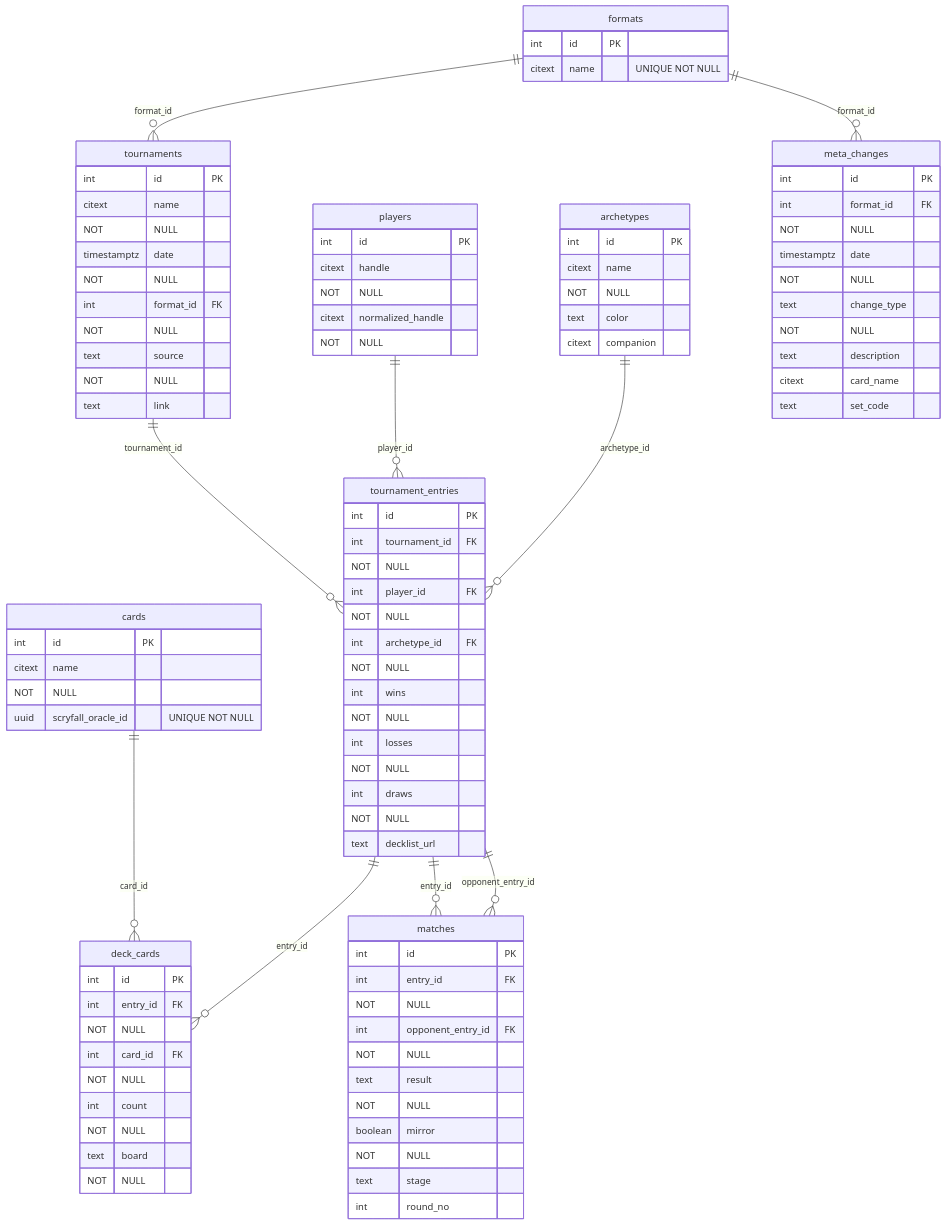
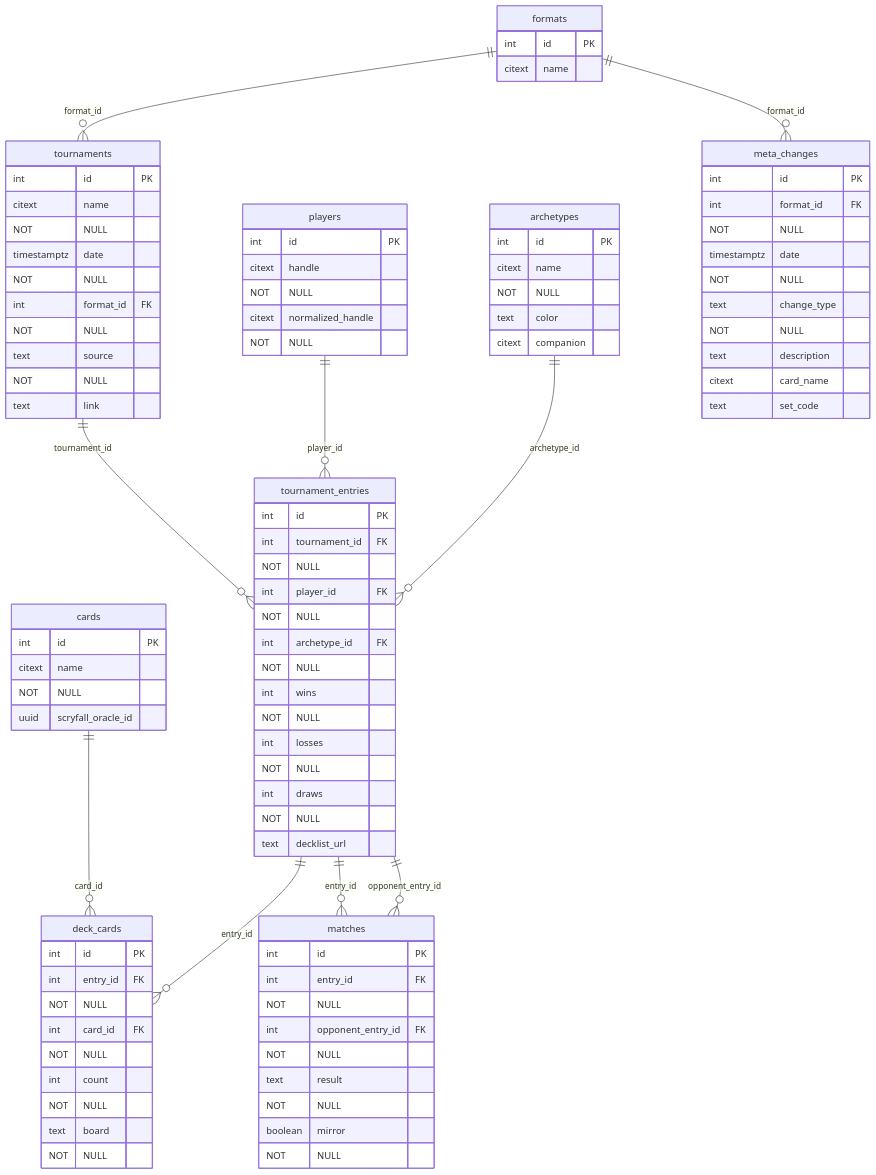
One commit to Jiliac/metamage changed the diagram in schema.mmd. Above: the diagram before and after it, drawn with Mermaid.

Commit message:
docs: remove stage/round_no from matches and inline NOT NULL/UNIQUE

```diff
--- a/schema.mmd
+++ b/schema.mmd
@@ -1,98 +1,93 @@
 erDiagram
     %% Enumerations (conceptual):
     %% - tournaments.source: MTGO | Melee | Other
     %% - deck_cards.board: MAIN | SIDE
     %% - matches.result: WIN | LOSS | DRAW
-    %% - matches.stage: SWISS | QF | SF | F (examples)
 
     formats {
         int id PK
-        citext name "UNIQUE NOT NULL"
+        citext name
     }
 
     meta_changes {
         int id PK
         int format_id FK NOT NULL
         timestamptz date NOT NULL
         text change_type NOT NULL
         text description
         citext card_name
         text set_code
     }
 
     players {
         int id PK
         citext handle NOT NULL
         citext normalized_handle NOT NULL
     }
 
     cards {
         int id PK
         citext name NOT NULL
-        uuid scryfall_oracle_id "UNIQUE NOT NULL"
+        uuid scryfall_oracle_id
     }
 
     archetypes {
         int id PK
         citext name NOT NULL
         text color
         citext companion
     }
 
     tournaments {
         int id PK
         citext name NOT NULL
         timestamptz date NOT NULL
         int format_id FK NOT NULL
         text source NOT NULL
         text link
     }
 
     tournament_entries {
         int id PK
         int tournament_id FK NOT NULL
         int player_id FK NOT NULL
         int archetype_id FK NOT NULL
         int wins NOT NULL
         int losses NOT NULL
         int draws NOT NULL
         text decklist_url
         %% UNIQUE (tournament_id, player_id)
     }
 
     deck_cards {
         int id PK
         int entry_id FK NOT NULL
         int card_id FK NOT NULL
         int count NOT NULL
         text board NOT NULL
         %% board: MAIN | SIDE
         %% UNIQUE (entry_id, card_id, board)
     }
 
     matches {
         int id PK
         int entry_id FK NOT NULL
         int opponent_entry_id FK NOT NULL
         text result NOT NULL
         %% result: WIN | LOSS | DRAW (from entry_id's perspective)
         boolean mirror NOT NULL
         %% mirror: true if same-archetype pairing
-        text stage
-        %% stage: e.g., SWISS | QF | SF | F
-        int round_no
-        %% round_no: round within stage
         %% To avoid double-counting in queries, aggregate by
         %% (stage, round_no, LEAST(entry_id, opponent_entry_id), GREATEST(...))
     }
 
     %% Relationships
     formats ||--o{ tournaments : "format_id"
     formats ||--o{ meta_changes : "format_id"
     tournaments ||--o{ tournament_entries : "tournament_id"
     players ||--o{ tournament_entries : "player_id"
     archetypes ||--o{ tournament_entries : "archetype_id"
     tournament_entries ||--o{ deck_cards : "entry_id"
     cards ||--o{ deck_cards : "card_id"
     tournament_entries ||--o{ matches : "entry_id"
     tournament_entries ||--o{ matches : "opponent_entry_id"
```
